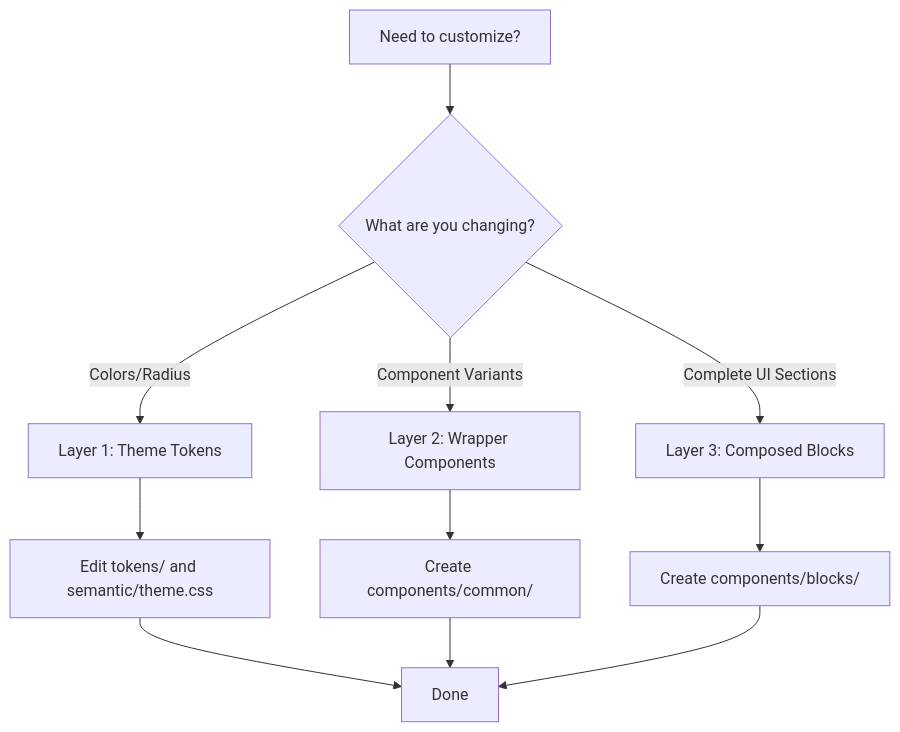
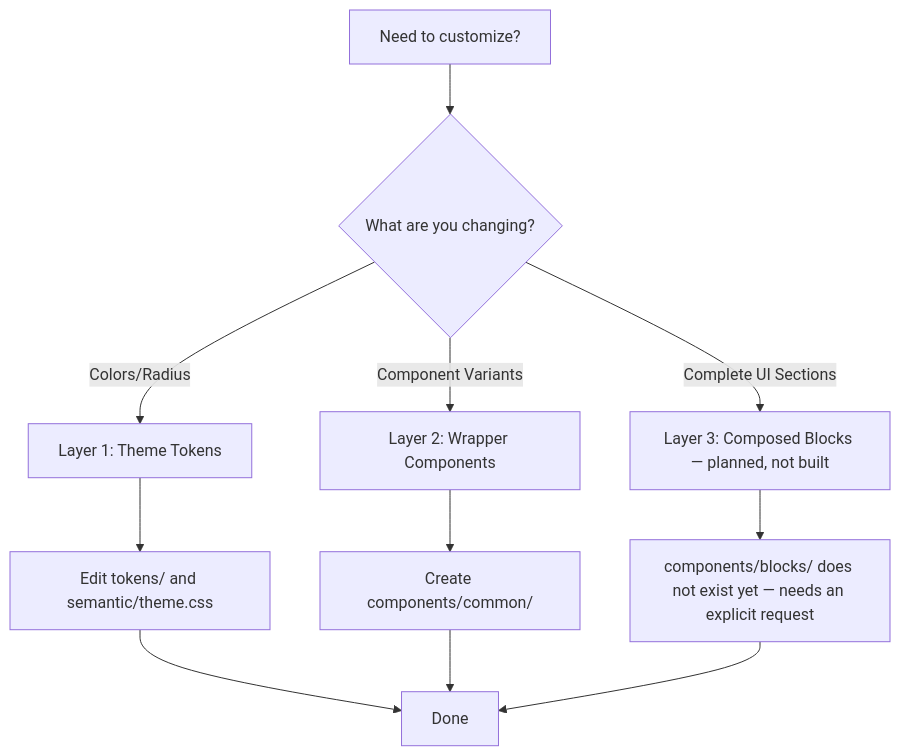
The second of 2 diagrams in design-systems/SHADCN-DESIGN-SYSTEM.md (Launchero/Qyther), drawn with Mermaid before and after one commit. The commit also changed other lines of this file and 83 other files, not shown here.

Commit message:
docs(contracts): refresh dox docs design-lab diagrams and screenshots

````diff
--- a/design-systems/SHADCN-DESIGN-SYSTEM.md
+++ b/design-systems/SHADCN-DESIGN-SYSTEM.md
@@ -994,17 +998,17 @@
 ```mermaid
 flowchart TD
     A[Need to customize?] --> B{What are you changing?}
     
     B -->|Colors/Radius| C[Layer 1: Theme Tokens]
     C --> D[Edit tokens/ and semantic/theme.css]
     
     B -->|Component Variants| E[Layer 2: Wrapper Components]
     E --> F[Create components/common/]
     
-    B -->|Complete UI Sections| G[Layer 3: Composed Blocks]
-    G --> H[Create components/blocks/]
+    B -->|Complete UI Sections| G[Layer 3: Composed Blocks — planned, not built]
+    G --> H[components/blocks/ does not exist yet — needs an explicit request]
     
     D --> I[Done]
     F --> I
     H --> I
 ```
````
